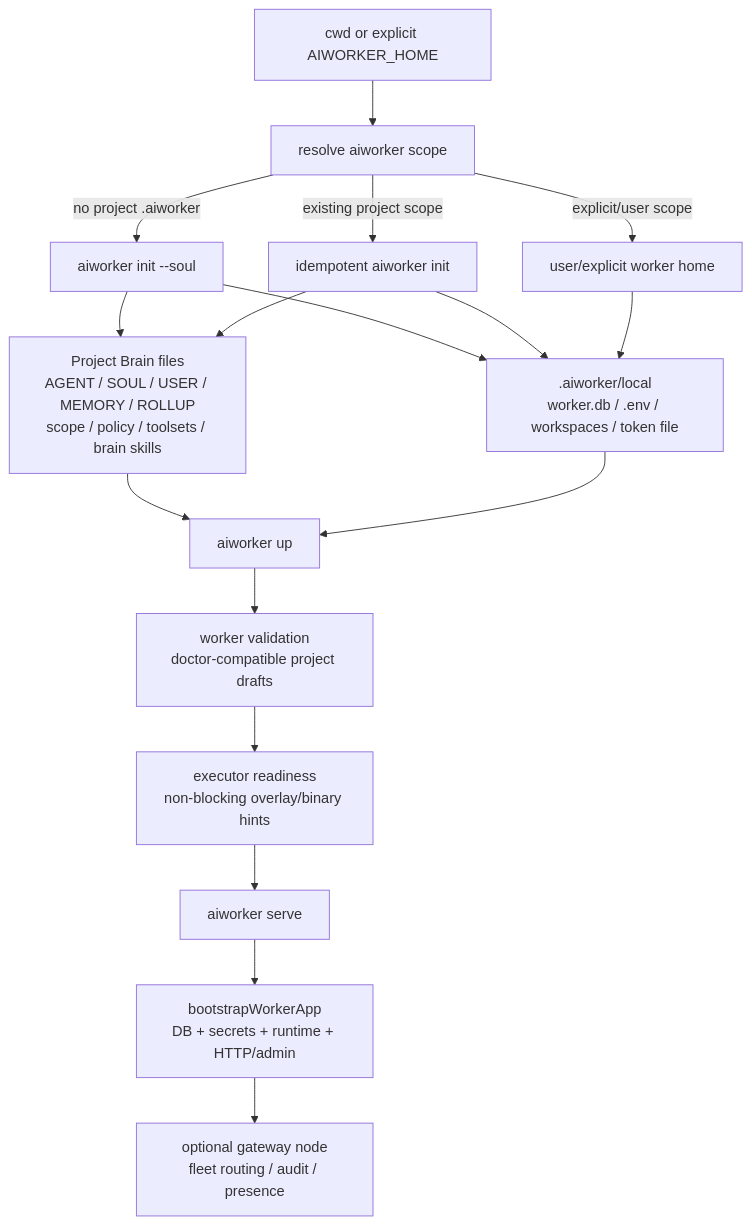
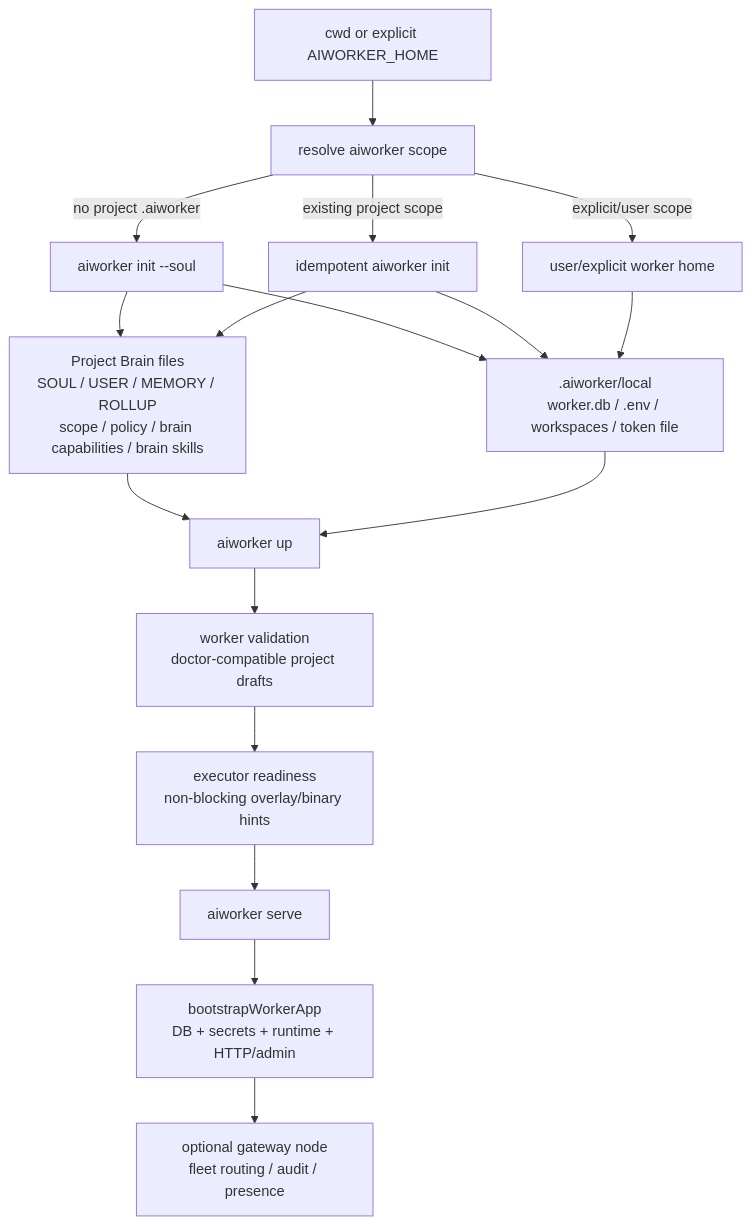
Before and after one commit to ZonEaseTech/aiworker: the first of 4 diagrams in docs/architecture.md, drawn with Mermaid. The commit also changed other lines of this file and 61 other files, not shown here.

Commit message:
refactor: 收敛 Project Brain 文件布局

````diff
--- a/docs/architecture.md
+++ b/docs/architecture.md
@@ -56,21 +56,21 @@
 ```mermaid
 flowchart TD
   Start["cwd or explicit AIWORKER_HOME"] --> Resolve["resolve aiworker scope"]
   Resolve -->|"no project .aiworker"| InitNew["aiworker init --soul <id>"]
   Resolve -->|"existing project scope"| InitExisting["idempotent aiworker init"]
   Resolve -->|"explicit/user scope"| UserScope["user/explicit worker home"]
 
-  InitNew --> BrainFiles["Project Brain files<br/>AGENT / SOUL / USER / MEMORY / ROLLUP<br/>scope / policy / toolsets / brain skills"]
+  InitNew --> BrainFiles["Project Brain files<br/>SOUL / USER / MEMORY / ROLLUP<br/>scope / policy / brain capabilities / brain skills"]
   InitExisting --> BrainFiles
   InitNew --> LocalState[".aiworker/local<br/>worker.db / .env / workspaces / token file"]
   InitExisting --> LocalState
   UserScope --> LocalState
 
   BrainFiles --> Up["aiworker up"]
   LocalState --> Up
   Up --> Validate["worker validation<br/>doctor-compatible project drafts"]
   Validate --> Readiness["executor readiness<br/>non-blocking overlay/binary hints"]
   Readiness --> Serve["aiworker serve"]
   Serve --> Runtime["bootstrapWorkerApp<br/>DB + secrets + runtime + HTTP/admin"]
   Runtime --> Gateway["optional gateway node<br/>fleet routing / audit / presence"]
 ```
````
